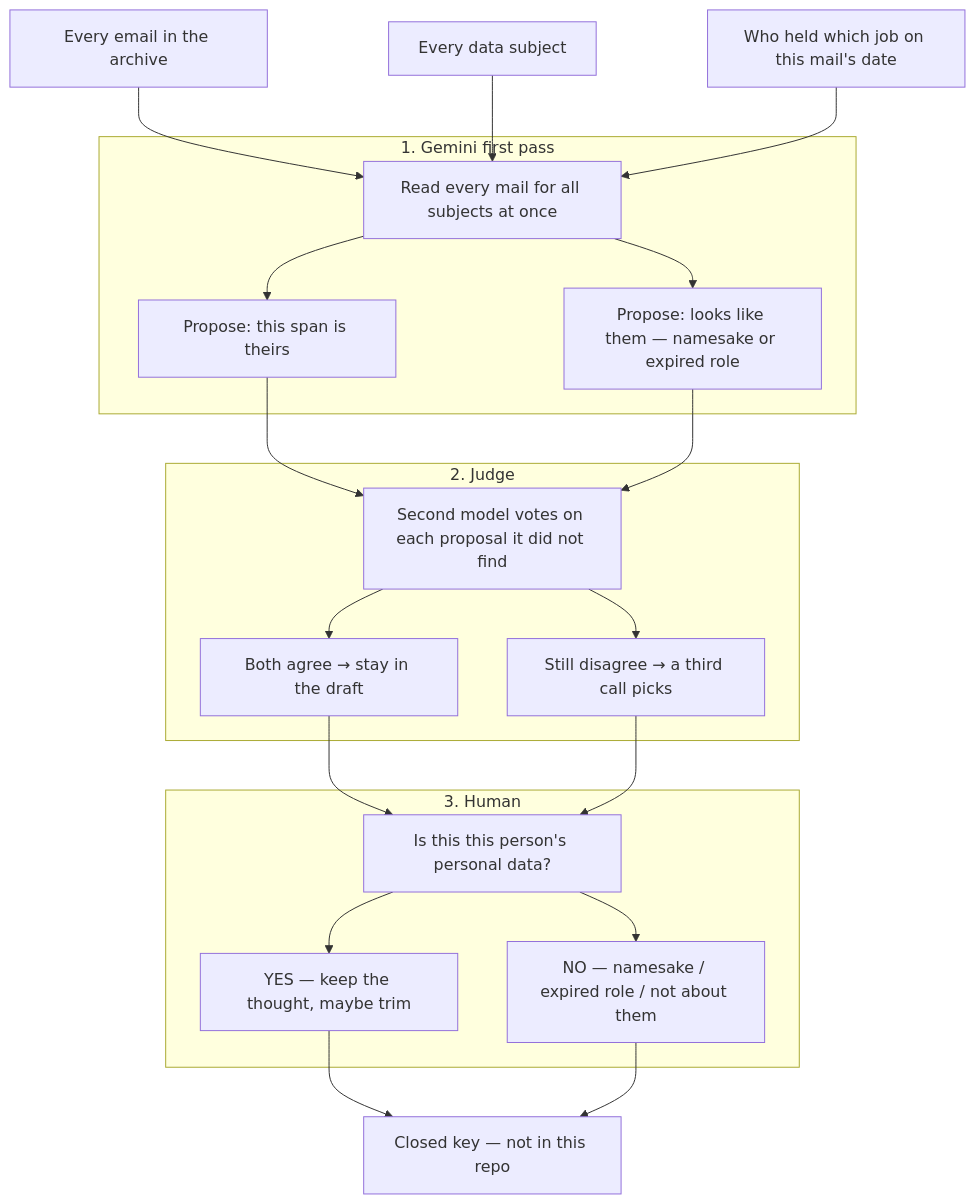
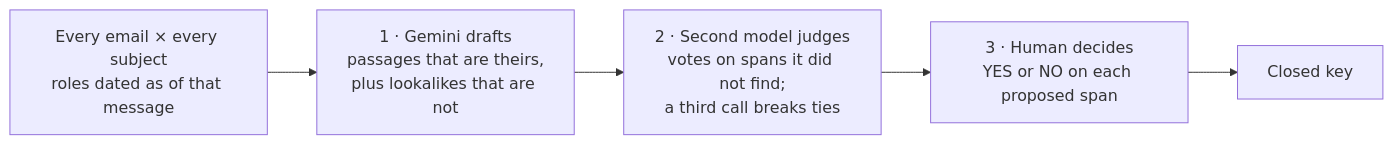
Before and after one commit to malhajar17/dsar-bench: the second of 2 diagrams in README.md, drawn with Mermaid. The commit also changed other lines of this file, not shown here.

First line of the commit message:
Collapse the README flows into two single-lane diagrams.

````diff
--- a/README.md
+++ b/README.md
@@ -109,42 +82,9 @@
 ```mermaid
-flowchart TD
-  mail[Every email in the archive]
-  people[Every data subject]
-  notebook["Who held which job on this mail's date"]
-
-  subgraph pass1 [1. Gemini first pass]
-    read["Read every mail for all subjects at once"]
-    theirs["Propose: this span is theirs"]
-    lookalike["Propose: looks like them — namesake or expired role"]
-    read --> theirs
-    read --> lookalike
-  end
-
-  subgraph judge [2. Judge]
-    vote["Second model votes on each proposal it did not find"]
-    keep["Both agree → stay in the draft"]
-    tie["Still disagree → a third call picks"]
-    vote --> keep
-    vote --> tie
-  end
-
-  subgraph human [3. Human]
-    q["Is this this person's personal data?"]
-    hyes["YES — keep the thought, maybe trim"]
-    hno["NO — namesake / expired role / not about them"]
-    q --> hyes
-    q --> hno
-  end
-
-  gold[Closed key — not in this repo]
-
-  mail --> read
-  people --> read
-  notebook --> read
-  theirs --> vote
-  lookalike --> vote
-  keep --> q
-  tie --> q
-  hyes --> gold
-  hno --> gold
+flowchart LR
+  src["Every email × every subject<br/>roles dated as of that message"]
+  draft["1 · Gemini drafts<br/>passages that are theirs,<br/>plus lookalikes that are not"]
+  judge["2 · Second model judges<br/>votes on spans it did not find;<br/>a third call breaks ties"]
+  human["3 · Human decides<br/>YES or NO on each proposed span"]
+  key["Closed key"]
+  src --> draft --> judge --> human --> key
 ```
````
